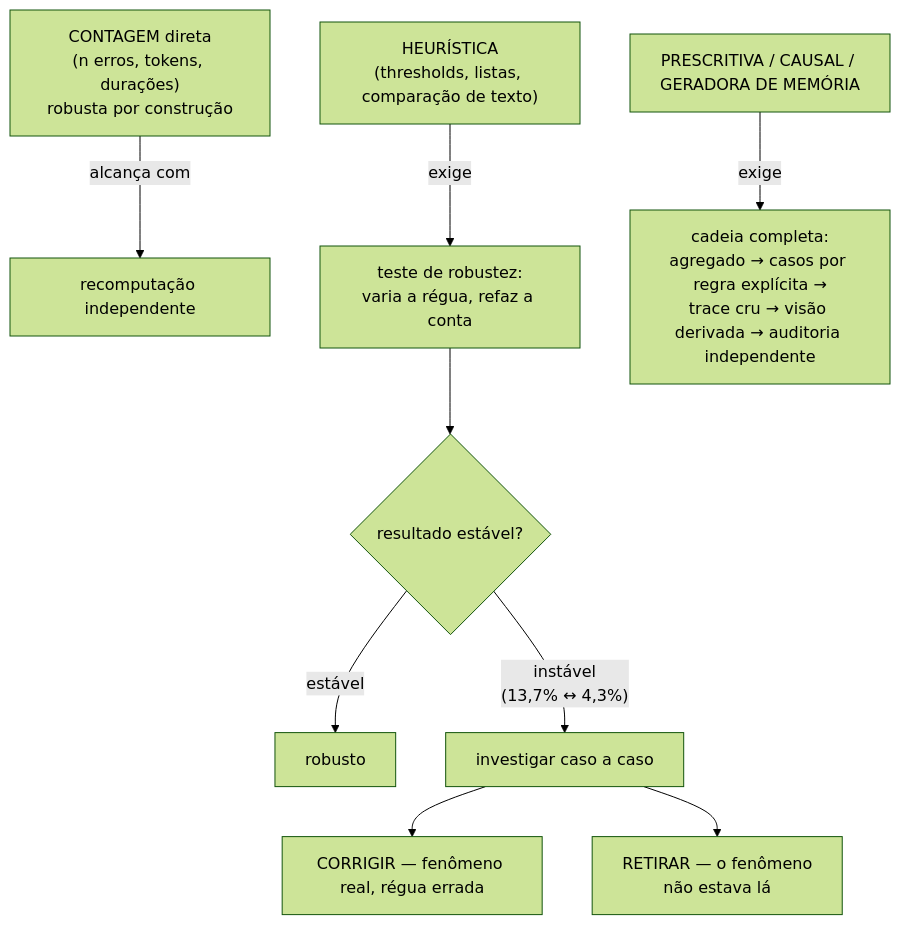
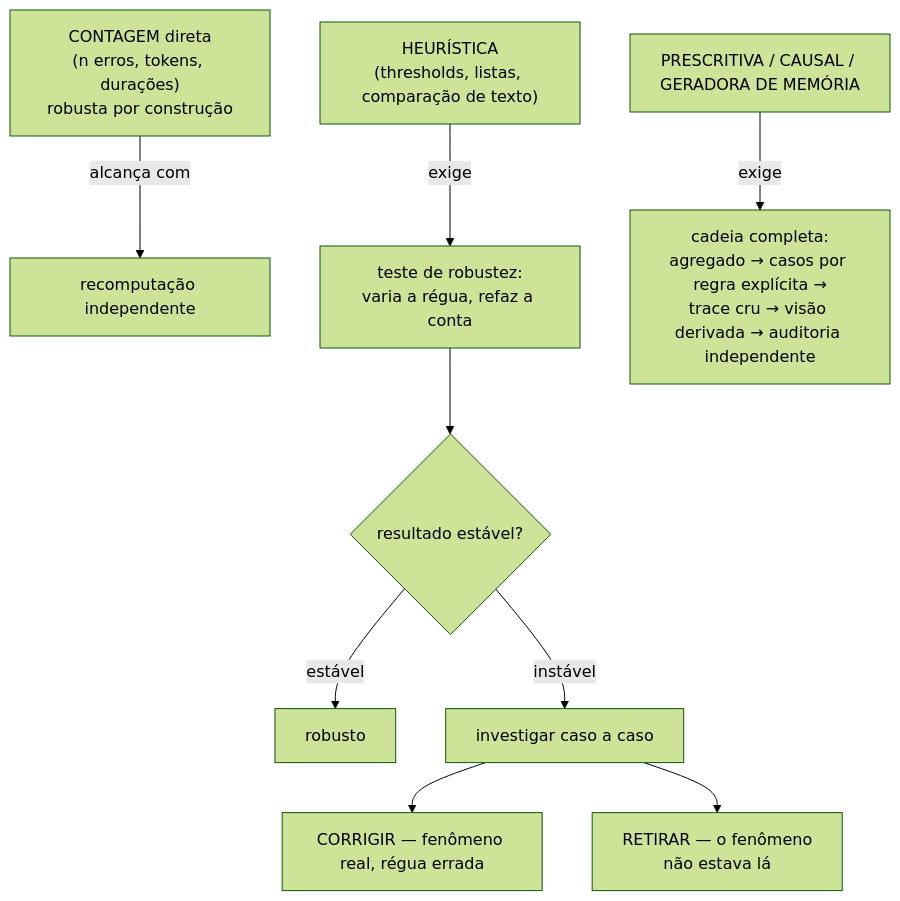
One commit to rc-ventura/memory_layer_ai_agents changed the fifth of 6 diagrams in discussion/hipoteses/trace-error-taxonomy-methodology/general-error-taxonomy-methodology.md. Above: the diagram before and after it, drawn with Mermaid (forest theme). The commit also changed other lines of this file and 7 other files, not shown here.

First line of the commit message:
docs: add error-genealogy methodology to CLAUDE.md index + cross-link schema/instantiation/reusable-code

````diff
--- a/discussion/hipoteses/trace-error-taxonomy-methodology/general-error-taxonomy-methodology.md
+++ b/discussion/hipoteses/trace-error-taxonomy-methodology/general-error-taxonomy-methodology.md
@@ -339,11 +275,11 @@
 ```mermaid
 flowchart TD
     A["CONTAGEM direta<br/>(n erros, tokens, durações)<br/>robusta por construção"] -->|"alcança com"| V1["recomputação independente"]
     B["HEURÍSTICA<br/>(thresholds, listas, comparação de texto)"] -->|"exige"| V2["teste de robustez:<br/>varia a régua, refaz a conta"]
     V2 --> R{"resultado estável?"}
     R -->|"estável"| OK["robusto"]
-    R -->|"instável<br/>(13,7% ↔ 4,3%)"| INV["investigar caso a caso"]
+    R -->|"instável"| INV["investigar caso a caso"]
     INV --> D1["CORRIGIR — fenômeno real, régua errada"]
     INV --> D2["RETIRAR — o fenômeno<br/>não estava lá"]
     C["PRESCRITIVA / CAUSAL / GERADORA DE MEMÓRIA"] -->|"exige"| V3["cadeia completa:<br/>agregado → casos por regra explícita →<br/>trace cru → visão derivada → auditoria independente"]
 ```
````
